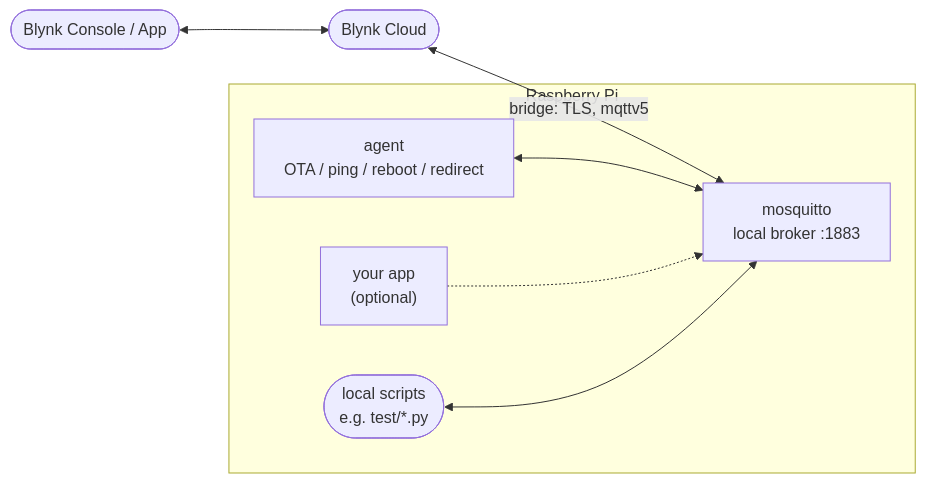
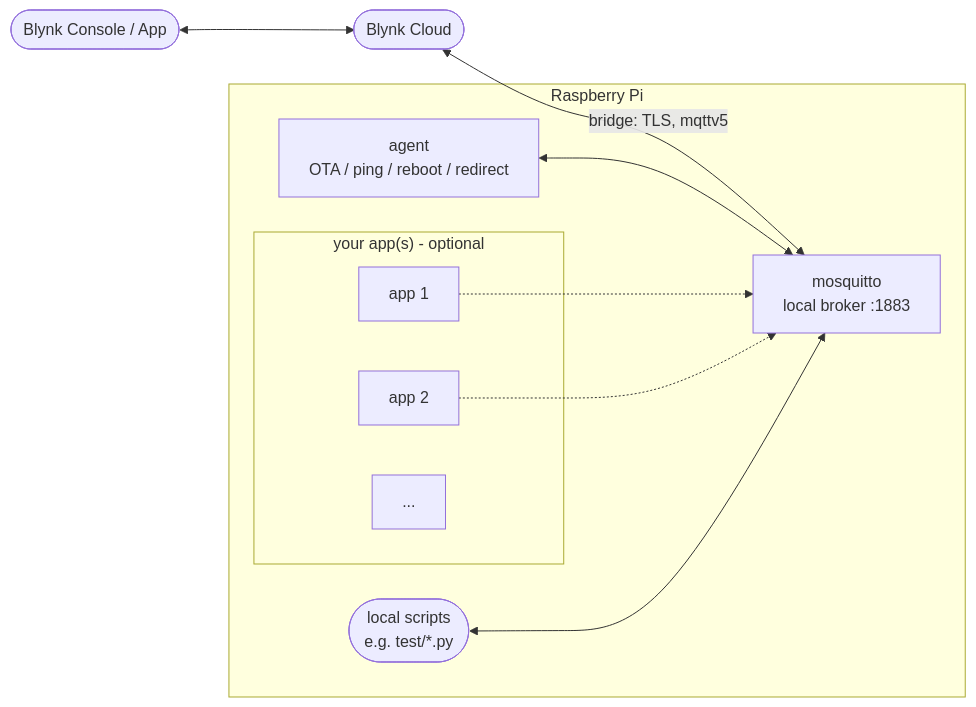
One commit to anthony-blynk/blynk-agent-raspberry-pi changed the diagram in README.md. Above: the diagram before and after it, drawn with Mermaid.

Commit message:
README diagram: show multiple user apps, not just one

````diff
--- a/README.md
+++ b/README.md
@@ -15,18 +15,23 @@
 ```mermaid
 flowchart LR
     console(["Blynk Console / App"])
     cloud(["Blynk Cloud"])
 
     subgraph pi["Raspberry Pi"]
         mosquitto["mosquitto<br/>local broker :1883"]
         agent["agent<br/>OTA / ping / reboot / redirect"]
-        app["your app<br/>(optional)"]
+        subgraph apps["your app(s) - optional"]
+            app1["app 1"]
+            app2["app 2"]
+            appdots["..."]
+        end
         local(["local scripts<br/>e.g. test/*.py"])
     end
 
     console <--> cloud
     cloud <-->|bridge: TLS, mqttv5| mosquitto
     agent <--> mosquitto
-    app -.-> mosquitto
+    app1 -.-> mosquitto
+    app2 -.-> mosquitto
     local <--> mosquitto
 ```
````
